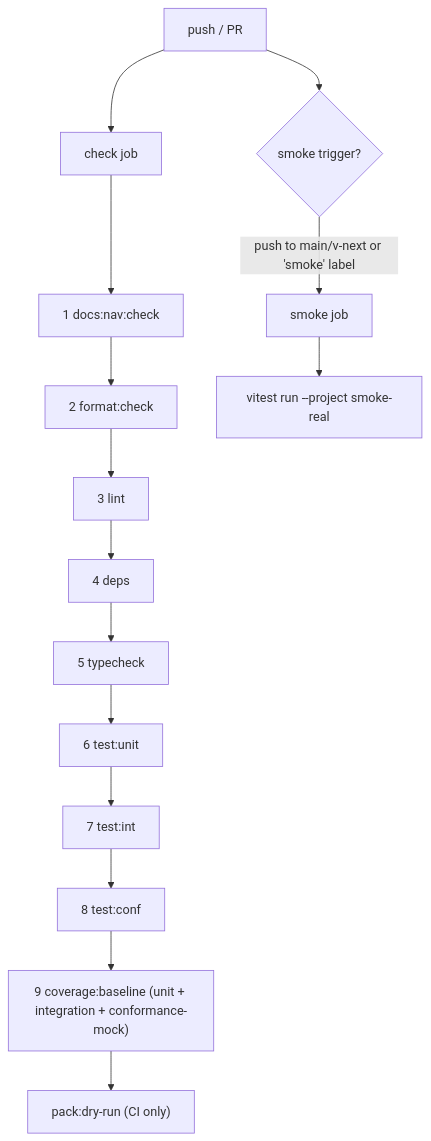
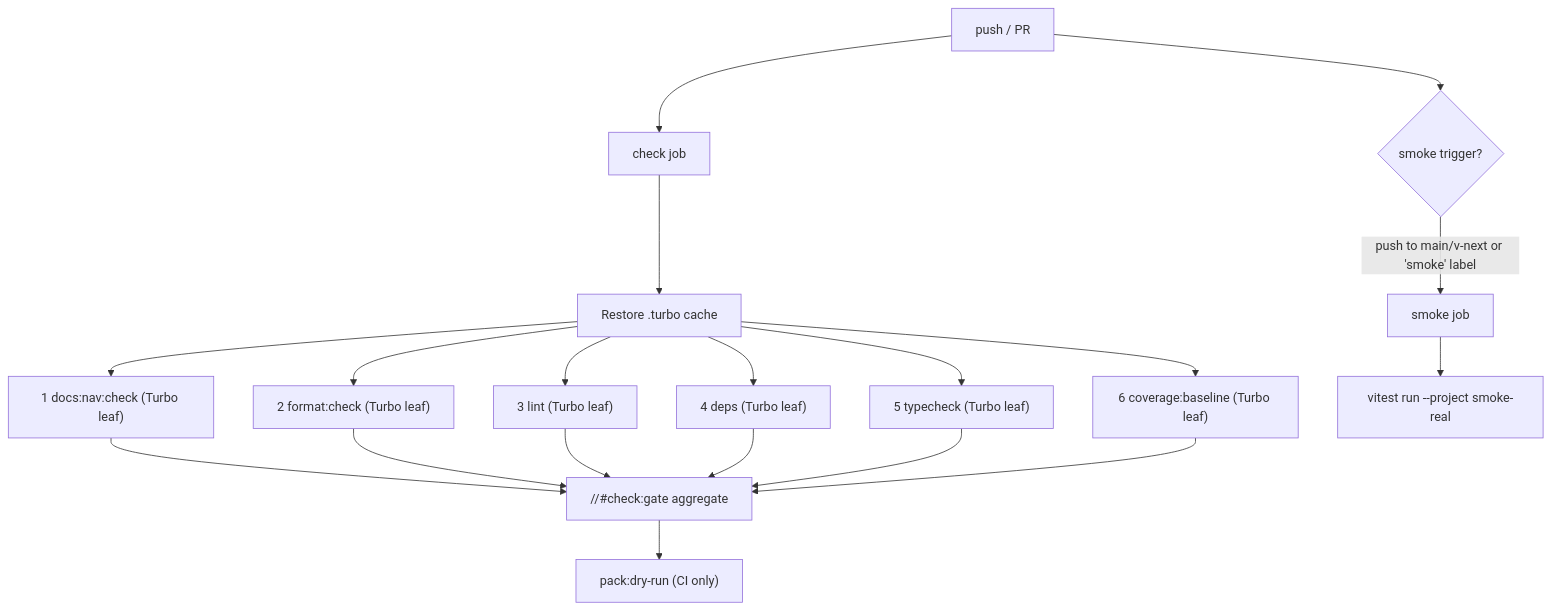
The diagram in docs/engineering/check-gate.md (aryeko/agentic-workflow-kit), drawn with Mermaid before and after one commit. The commit also changed other lines of this file and 14 other files, not shown here.

First line of the commit message:
chore: cache the verify gate with Turbo and add worktree setup

````diff
--- a/docs/engineering/check-gate.md
+++ b/docs/engineering/check-gate.md
@@ -49,18 +73,17 @@
 ```mermaid
 flowchart TD
     A[push / PR] --> B[check job]
-    B --> B0["1 docs:nav:check"]
-    B0 --> B1["2 format:check"]
-    B1 --> B2["3 lint"]
-    B2 --> B3["4 deps"]
-    B3 --> B4["5 typecheck"]
-    B4 --> B5["6 test:unit"]
-    B5 --> B6["7 test:int"]
-    B6 --> B7["8 test:conf"]
-    B7 --> B8["9 coverage:baseline (unit + integration + conformance-mock)"]
-    B8 --> B9["pack:dry-run (CI only)"]
+    B --> B_cache["Restore .turbo cache"]
+    B_cache --> B0["1 docs:nav:check (Turbo leaf)"]
+    B_cache --> B1["2 format:check (Turbo leaf)"]
+    B_cache --> B2["3 lint (Turbo leaf)"]
+    B_cache --> B3["4 deps (Turbo leaf)"]
+    B_cache --> B4["5 typecheck (Turbo leaf)"]
+    B_cache --> B5["6 coverage:baseline (Turbo leaf)"]
+    B0 & B1 & B2 & B3 & B4 & B5 --> B6["//#check:gate aggregate"]
+    B6 --> B7["pack:dry-run (CI only)"]
 
     A --> C{smoke trigger?}
     C -->|push to main/v-next or 'smoke' label| D[smoke job]
     D --> D1["vitest run --project smoke-real"]
 ```
````
